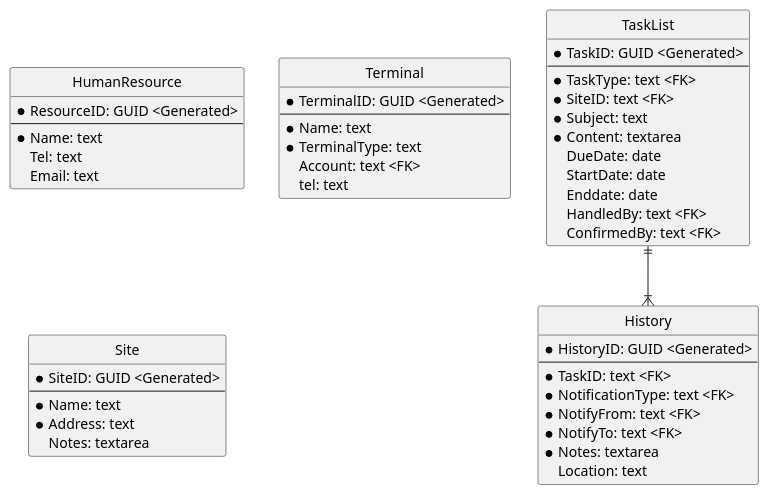
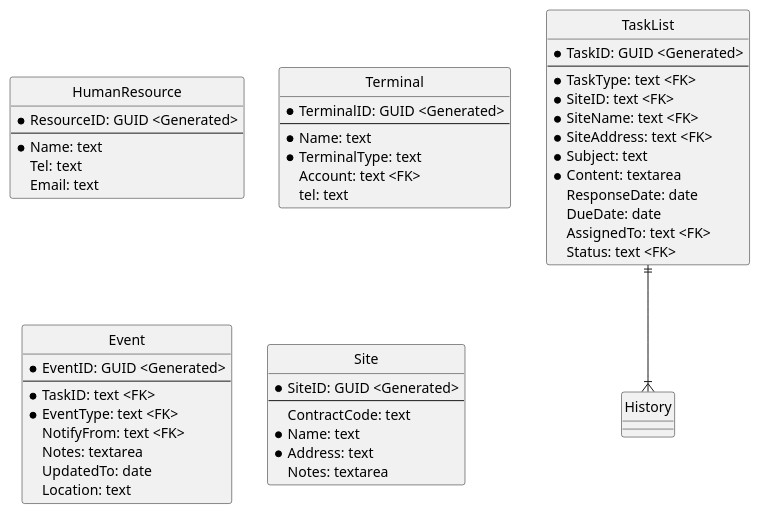
The diagram in er_task.pu (himiz6912/mms), drawn with PlantUML before and after one commit. The commit also changed 1 other file, not shown here.

```diff
--- a/er_task.pu
+++ b/er_task.pu
@@ -1,60 +1,63 @@
 @startuml
 hide circle
 skinparam linetype ortho
 
 entity HumanResource {
     * ResourceID: GUID <Generated>
     --
     * Name: text
     Tel: text
     Email: text
 }
 
 entity Terminal {
     * TerminalID: GUID <Generated>
     --
     * Name: text
     * TerminalType: text
     Account: text <FK>
     tel: text
 }
 ' TerminalType: iPhone/ Android phone/ iPad/ Android tablet 
 
 entity TaskList {
     * TaskID: GUID <Generated>
     --
     * TaskType: text <FK>
     * SiteID: text <FK>
+    * SiteName: text <FK>
+    * SiteAddress: text <FK>
     * Subject: text
     * Content: textarea
+    ResponseDate: date
     DueDate: date
-    StartDate: date
-    Enddate: date
-    HandledBy: text <FK>
-    ConfirmedBy: text <FK>
+    AssignedTo: text <FK>
+    Status: text <FK>
 }
 ' TaskType: EmergencyDispatch/ PeriodicMaintenance/ Troubleshooting/ Patrol/ Meeting
+' Status: Created/ Assigned/ Ongoing/ Completed/ Pending/
 
-entity History {
-    * HistoryID: GUID <Generated>
+entity Event {
+    * EventID: GUID <Generated>
     --
     * TaskID: text <FK>
-    * NotificationType: text <FK>
-    * NotifyFrom: text <FK>
-    * NotifyTo: text <FK>
-    * Notes: textarea
+    * EventType: text <FK>
+    NotifyFrom: text <FK>
+    Notes: textarea
+    UpdatedTo: date
     Location: text
 }
-' NotificationType: Order/ ChangeOrder/ ReplyAccept/ ReplyDeny/ ReportSuccess/ ReportFail/ PeriodicReport/
+' EventType: Initial/ UpdateContent/ UpdateTime/ Allocate/ Accept/ Reject/ ReportSuccess/ ReportFailue/ Pending/ PeriodicReport
 
 entity Site {
     * SiteID: GUID <Generated>
     --
+    ContractCode: text
     * Name: text
     * Address: text
     Notes: textarea
 }
 
 TaskList ||--|{ History
 
 @enduml
```
